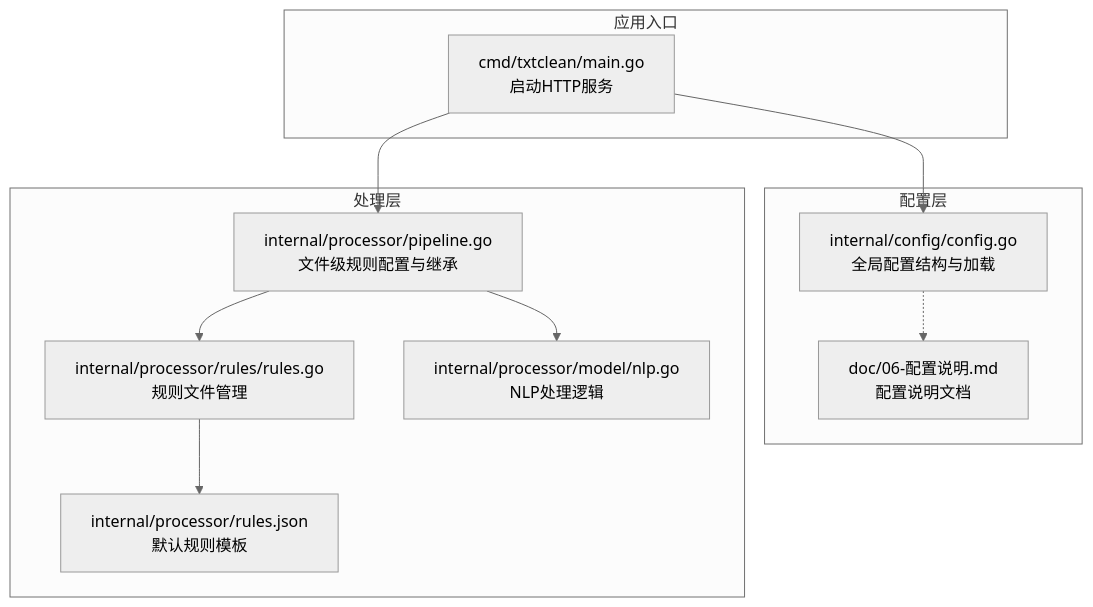
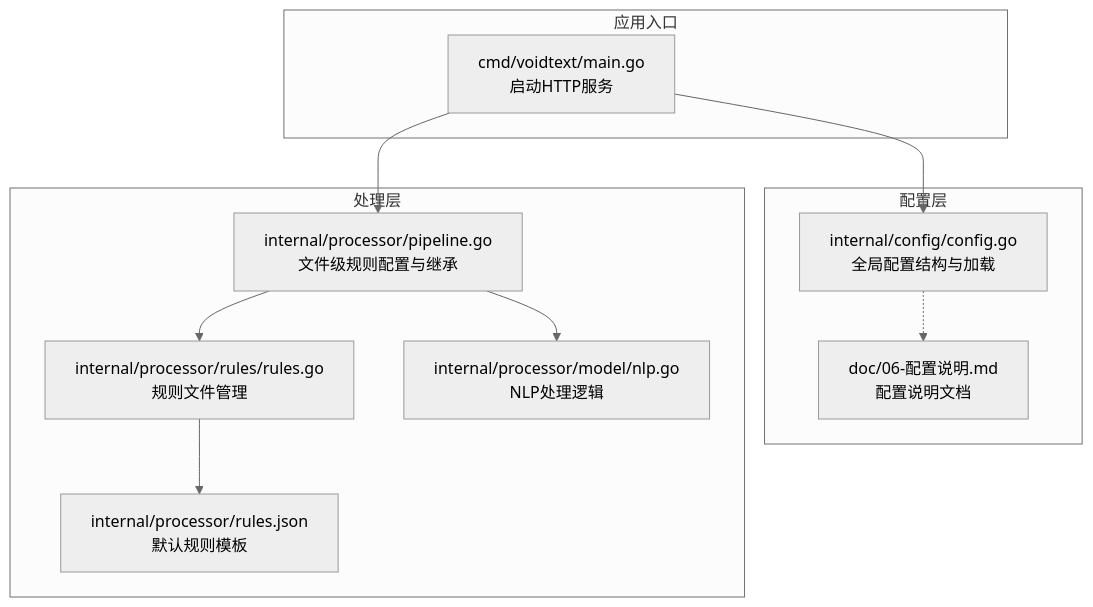
The first of 6 diagrams in repowikis/配置管理系统.md (handy-h/VoidText), drawn with Mermaid (neutral theme) before and after one commit. The commit also changed other lines of this file and 101 other files, not shown here.

````diff
--- a/repowikis/配置管理系统.md
+++ b/repowikis/配置管理系统.md
@@ -38,22 +38,22 @@
 ```mermaid
 graph TB
 subgraph "应用入口"
-M["cmd/txtclean/main.go<br/>启动HTTP服务"]
+M["cmd/voidtext/main.go<br/>启动HTTP服务"]
 end
 subgraph "配置层"
 CFG["internal/config/config.go<br/>全局配置结构与加载"]
 DOC["doc/06-配置说明.md<br/>配置说明文档"]
 end
 subgraph "处理层"
 PIPE["internal/processor/pipeline.go<br/>文件级规则配置与继承"]
 RULES["internal/processor/rules/rules.go<br/>规则文件管理"]
 RULES_JSON["internal/processor/rules.json<br/>默认规则模板"]
 NLP["internal/processor/model/nlp.go<br/>NLP处理逻辑"]
 end
 M --> CFG
 M --> PIPE
 PIPE --> RULES
 RULES --> RULES_JSON
 PIPE --> NLP
 CFG -.-> DOC
 ```
````
